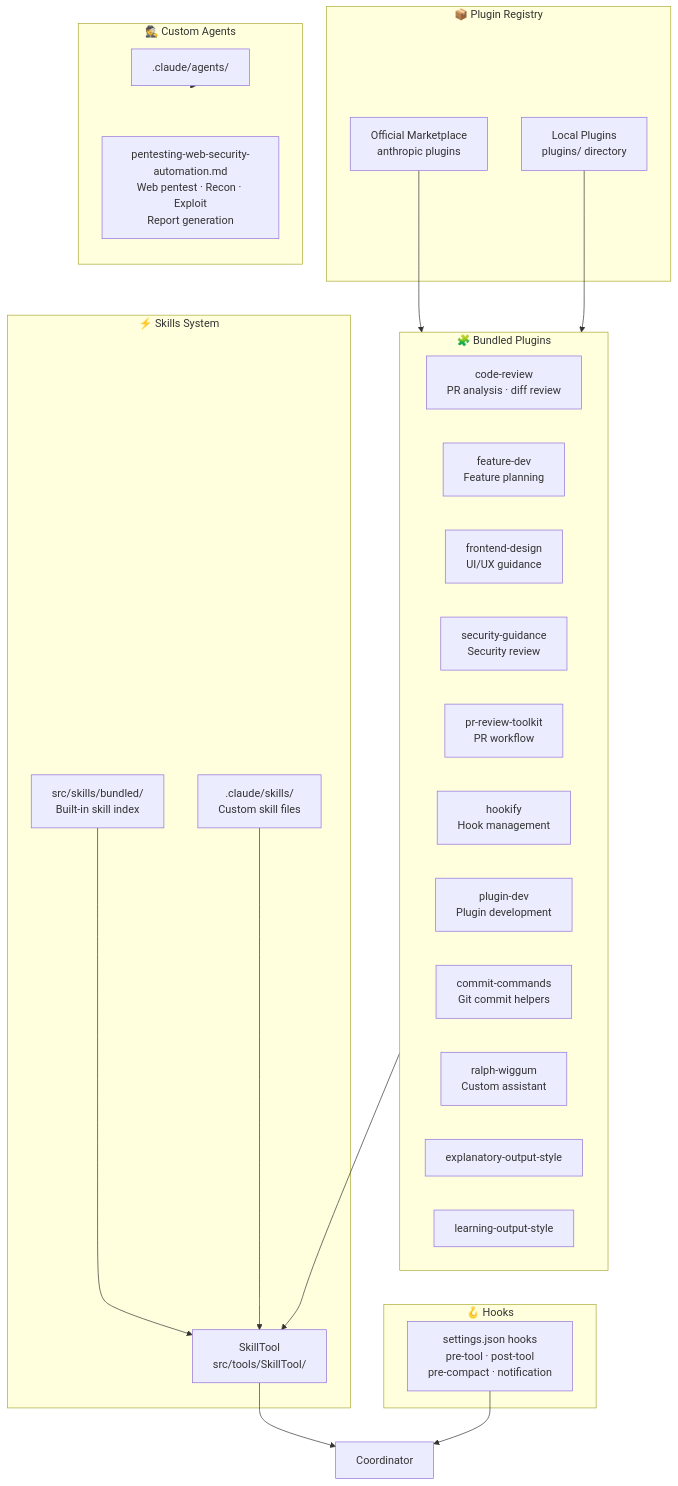
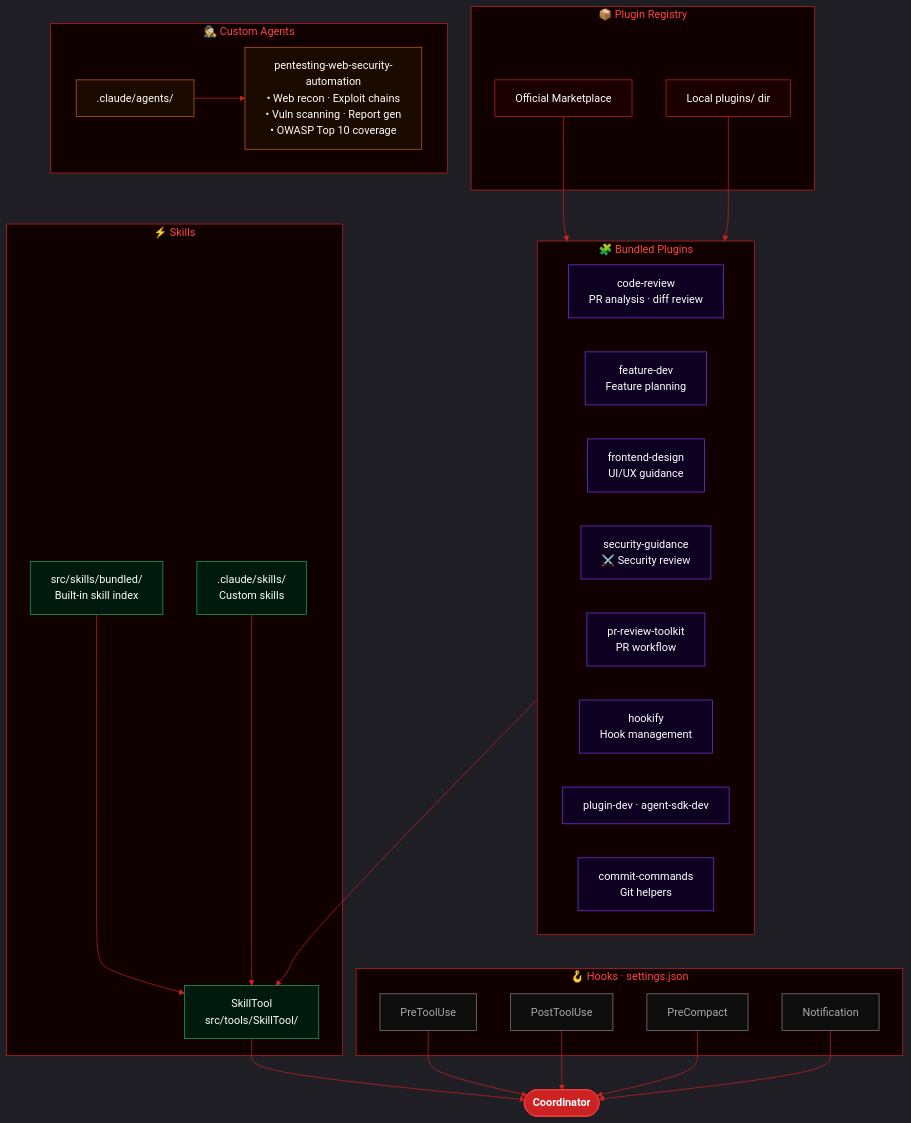
Before and after one commit to lily0ng/claude-code: the fifth of 5 diagrams in README.md, drawn with Mermaid. The commit also changed other lines of this file and 1 other file, not shown here.

First line of the commit message:
docs: add logo SVG, colored diagrams, contributors & collaborators

````diff
--- a/README.md
+++ b/README.md
@@ -287,46 +339,64 @@
 ```mermaid
+%%{init: {
+  'theme': 'dark',
+  'themeVariables': {
+    'primaryColor': '#1a0000',
+    'primaryTextColor': '#ffffff',
+    'primaryBorderColor': '#cc2222',
+    'lineColor': '#cc2222',
+    'clusterBkg': '#110000',
+    'clusterBorder': '#cc2222',
+    'titleColor': '#ff4444',
+    'nodeTextColor': '#ffffff',
+    'edgeLabelBackground': '#0d0d0d'
+  }
+}}%%
 graph TD
-    subgraph REGISTRY["📦 Plugin Registry"]
-        MPL["Official Marketplace\nanthropic plugins"]
-        LPL["Local Plugins\nplugins/ directory"]
+    subgraph REG["📦 Plugin Registry"]
+        MPL["Official Marketplace"]:::regnode
+        LPL["Local  plugins/  dir"]:::regnode
     end
 
     subgraph PLUGINS["🧩 Bundled Plugins"]
-        CR["code-review\nPR analysis · diff review"]
-        FD["feature-dev\nFeature planning"]
-        FE["frontend-design\nUI/UX guidance"]
-        SG["security-guidance\nSecurity review"]
-        PR["pr-review-toolkit\nPR workflow"]
-        HK["hookify\nHook management"]
-        PD["plugin-dev\nPlugin development"]
-        CC["commit-commands\nGit commit helpers"]
-        RL["ralph-wiggum\nCustom assistant"]
-        EO["explanatory-output-style"]
-        LO["learning-output-style"]
+        CR["code-review\nPR analysis · diff review"]:::plugin
+        FD["feature-dev\nFeature planning"]:::plugin
+        FE["frontend-design\nUI/UX guidance"]:::plugin
+        SG["security-guidance\n⚔️ Security review"]:::plugin
+        PR["pr-review-toolkit\nPR workflow"]:::plugin
+        HK["hookify\nHook management"]:::plugin
+        PD["plugin-dev · agent-sdk-dev"]:::plugin
+        CC["commit-commands\nGit helpers"]:::plugin
     end
 
-    subgraph SKILLS["⚡ Skills System"]
-        BSK["src/skills/bundled/\nBuilt-in skill index"]
-        CSK[".claude/skills/\nCustom skill files"]
-        SKLT["SkillTool\nsrc/tools/SkillTool/"]
+    subgraph SKILLS["⚡ Skills"]
+        BSK["src/skills/bundled/\nBuilt-in skill index"]:::skill
+        CSK[".claude/skills/\nCustom skills"]:::skill
+        SKLT["SkillTool\nsrc/tools/SkillTool/"]:::skill
     end
 
     subgraph AGENTS["🕵️ Custom Agents"]
-        direction TB
-        AGDIR[".claude/agents/"]
-        PEN["pentesting-web-security-automation.md\nWeb pentest · Recon · Exploit\nReport generation"]
+        AGDIR[".claude/agents/"]:::agent
+        PEN["pentesting-web-security-automation\n• Web recon · Exploit chains\n• Vuln scanning · Report gen\n• OWASP Top 10 coverage"]:::agent
     end
 
-    subgraph HOOKS["🪝 Hooks"]
-        HKS["settings.json hooks\npre-tool · post-tool\npre-compact · notification"]
+    subgraph HOOKS["🪝 Hooks  ·  settings.json"]
+        HK1["PreToolUse"]:::hook
+        HK2["PostToolUse"]:::hook
+        HK3["PreCompact"]:::hook
+        HK4["Notification"]:::hook
     end
 
-    MPL --> PLUGINS
-    LPL --> PLUGINS
+    MPL & LPL --> PLUGINS
     PLUGINS --> SKLT
-    BSK --> SKLT
-    CSK --> SKLT
-    AGDIR --> AGENTS
-    SKLT --> COORD["Coordinator"]
-    HKS --> COORD
+    BSK & CSK --> SKLT
+    AGDIR --> PEN
+    SKLT --> COORD(["Coordinator"]):::core
+    HK1 & HK2 & HK3 & HK4 --> COORD
+
+    classDef core fill:#cc2222,stroke:#ff4444,color:#fff,font-weight:bold
+    classDef regnode fill:#1a0000,stroke:#cc2222,color:#fff
+    classDef plugin fill:#0d0020,stroke:#7c3aed,color:#fff
+    classDef skill fill:#001a0d,stroke:#22aa66,color:#fff
+    classDef agent fill:#1a0a00,stroke:#cc6622,color:#fff
+    classDef hook fill:#0d0d0d,stroke:#888888,color:#aaa
 ```
````
